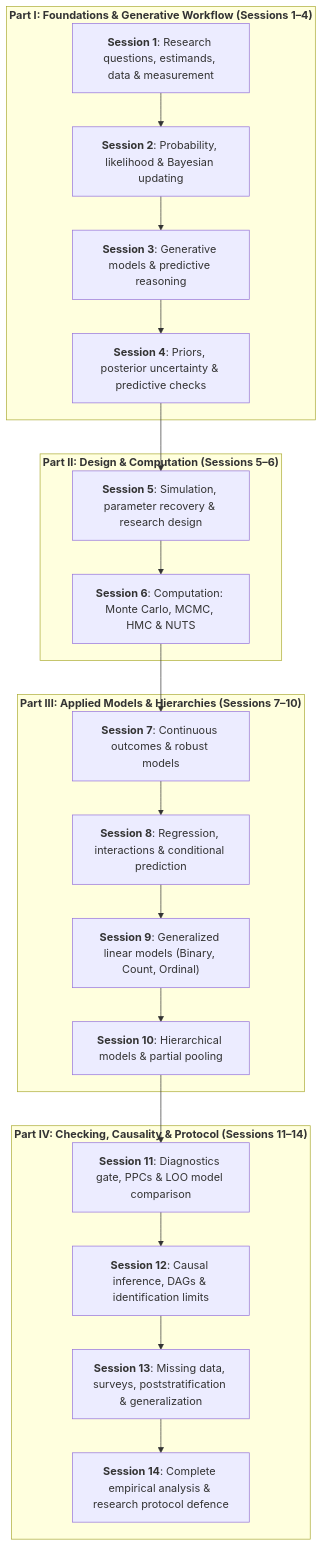
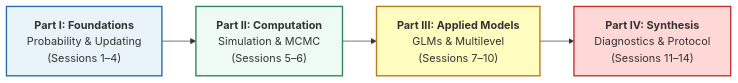
The diagram in 0.Course_overview.md (iknyazeva/bayes-cogsci-book), drawn with Mermaid before and after one commit. The commit also changed other lines of this file, not shown here.

Commit message:
Enhance Course Overview readability with Sphinx-Design cards and simplified high-contrast pipeline

````diff
--- a/0.Course_overview.md
+++ b/0.Course_overview.md
@@ -9,27 +11,12 @@
 ```{mermaid}
-flowchart TD
-    subgraph Part1["<b>Part I: Foundations & Generative Workflow (Sessions 1–4)</b>"]
-        S1["<b>Session 1</b>: Research questions, estimands, data & measurement"] --> S2["<b>Session 2</b>: Probability, likelihood & Bayesian updating"]
-        S2 --> S3["<b>Session 3</b>: Generative models & predictive reasoning"]
-        S3 --> S4["<b>Session 4</b>: Priors, posterior uncertainty & predictive checks"]
-    end
+graph LR
+    P1["<b>Part I: Foundations</b><br>Probability & Updating<br>(Sessions 1–4)"]
+    --> P2["<b>Part II: Computation</b><br>Simulation & MCMC<br>(Sessions 5–6)"]
+    --> P3["<b>Part III: Applied Models</b><br>GLMs & Multilevel<br>(Sessions 7–10)"]
+    --> P4["<b>Part IV: Synthesis</b><br>Diagnostics & Protocol<br>(Sessions 11–14)"]
 
-    subgraph Part2["<b>Part II: Design & Computation (Sessions 5–6)</b>"]
-        S4 --> S5["<b>Session 5</b>: Simulation, parameter recovery & research design"]
-        S5 --> S6["<b>Session 6</b>: Computation: Monte Carlo, MCMC, HMC & NUTS"]
-    end
-
-    subgraph Part3["<b>Part III: Applied Models & Hierarchies (Sessions 7–10)</b>"]
-        S6 --> S7["<b>Session 7</b>: Continuous outcomes & robust models"]
-        S7 --> S8["<b>Session 8</b>: Regression, interactions & conditional prediction"]
-        S8 --> S9["<b>Session 9</b>: Generalized linear models (Binary, Count, Ordinal)"]
-        S9 --> S10["<b>Session 10</b>: Hierarchical models & partial pooling"]
-    end
-
-    subgraph Part4["<b>Part IV: Checking, Causality & Protocol (Sessions 11–14)</b>"]
-        S10 --> S11["<b>Session 11</b>: Diagnostics gate, PPCs & LOO model comparison"]
-        S11 --> S12["<b>Session 12</b>: Causal inference, DAGs & identification limits"]
-        S12 --> S13["<b>Session 13</b>: Missing data, surveys, poststratification & generalization"]
-        S13 --> S14["<b>Session 14</b>: Complete empirical analysis & research protocol defence"]
-    end
+    style P1 fill:#e8f4f8,stroke:#2b6cb0,stroke-width:2px
+    style P2 fill:#edfbf4,stroke:#2f855a,stroke-width:2px
+    style P3 fill:#fefcbf,stroke:#b7791f,stroke-width:2px
+    style P4 fill:#fed7d7,stroke:#c53030,stroke-width:2px
 ```
````
